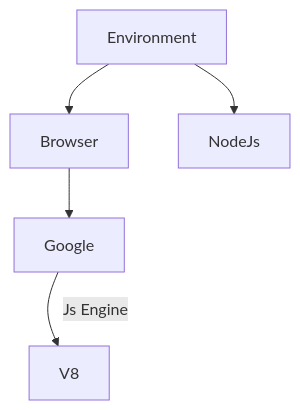
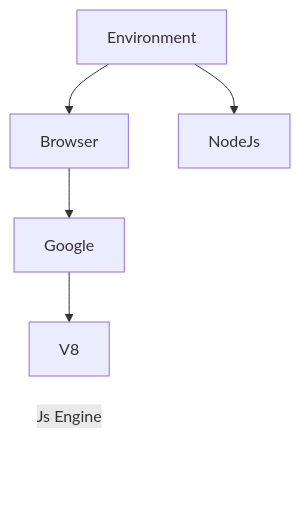
One commit to SoumyaMoturi/Tech-Diary changed the first of 2 diagrams in Javascript/WORKING_OF_JAVASCRIPT.md. Above: the diagram before and after it, drawn with Mermaid. The commit also changed other lines of this file, not shown here.

````diff
--- a/Javascript/WORKING_OF_JAVASCRIPT.md
+++ b/Javascript/WORKING_OF_JAVASCRIPT.md
@@ -9,10 +9,10 @@
  ``` mermaid
 
 flowchart TD;
     Environment --> Browser;
     Environment --> NodeJs;
     Browser --> Google;
     Google --> V8;
-    V8 ~~~ |"Js Engine"|Google
+    V8 ~~~ |"Js Engine"|V8
 
 ```
````
